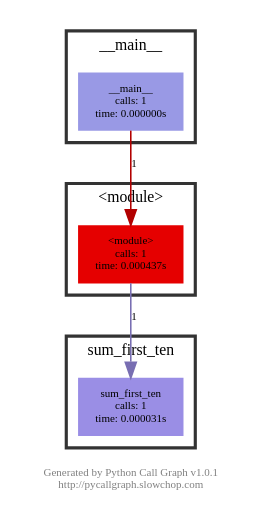
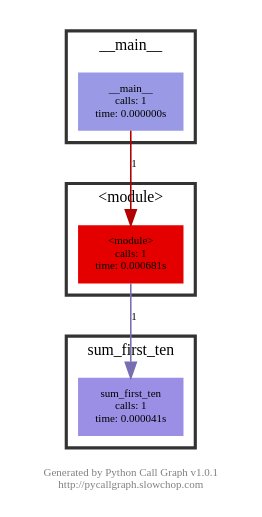
Before and after one commit to Arjun1999/PSimilarity: the diagram in pycallgraph2.dot, drawn with Graphviz. The commit also changed 22 other files, not shown here.

```diff
--- a/pycallgraph2.dot
+++ b/pycallgraph2.dot
@@ -1,22 +1,22 @@
 digraph G {
 
     // Attributes
     graph [ overlap = "scalexy", fontname = "Verdana", fontsize = "7", fontcolor = "#0000007f", label = "Generated by Python Call Graph v1.0.1\nhttp://pycallgraph.slowchop.com" ];
     node [ fontname = "Verdana", fontsize = "7", fontcolor = "#000000ff", style = "filled", shape = "rect" ];
     edge [ fontname = "Verdana", fontsize = "7", fontcolor = "#000000ff" ];
 
     // Groups
     subgraph "cluster___main__" { "__main__"; label = "__main__"; fontsize = "10"; fontcolor = "black"; style = "bold"; color="#000000cc"; }
     subgraph "cluster_<module>" { "<module>"; label = "<module>"; fontsize = "10"; fontcolor = "black"; style = "bold"; color="#000000cc"; }
     subgraph "cluster_sum_first_ten" { "sum_first_ten"; label = "sum_first_ten"; fontsize = "10"; fontcolor = "black"; style = "bold"; color="#000000cc"; }
 
     // Nodes
     "__main__" [color = "#9999e5ff", label = "__main__\ncalls: 1\ntime: 0.000000s"];
-    "<module>" [color = "#e50000ff", label = "<module>\ncalls: 1\ntime: 0.000437s"];
-    "sum_first_ten" [color = "#9a8ee5ff", label = "sum_first_ten\ncalls: 1\ntime: 0.000031s"];
+    "<module>" [color = "#e50000ff", label = "<module>\ncalls: 1\ntime: 0.000681s"];
+    "sum_first_ten" [color = "#9a8fe5ff", label = "sum_first_ten\ncalls: 1\ntime: 0.000041s"];
 
     // Edges
     "__main__" -> "<module>" [color = "#b20000ff", label = "1"];
-    "<module>" -> "sum_first_ten" [color = "#786eb2ff", label = "1"];
+    "<module>" -> "sum_first_ten" [color = "#776fb2ff", label = "1"];
 
 }
```
